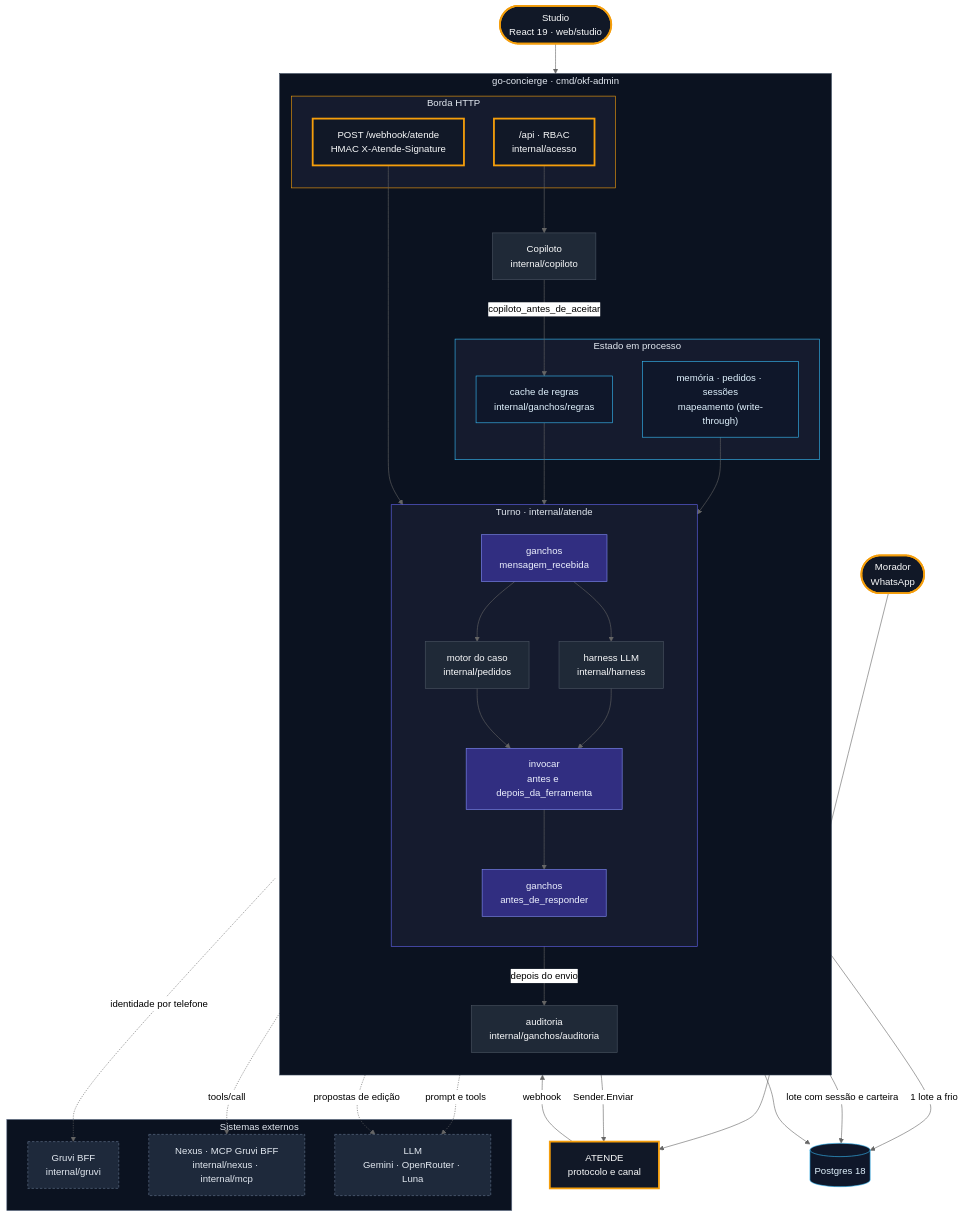
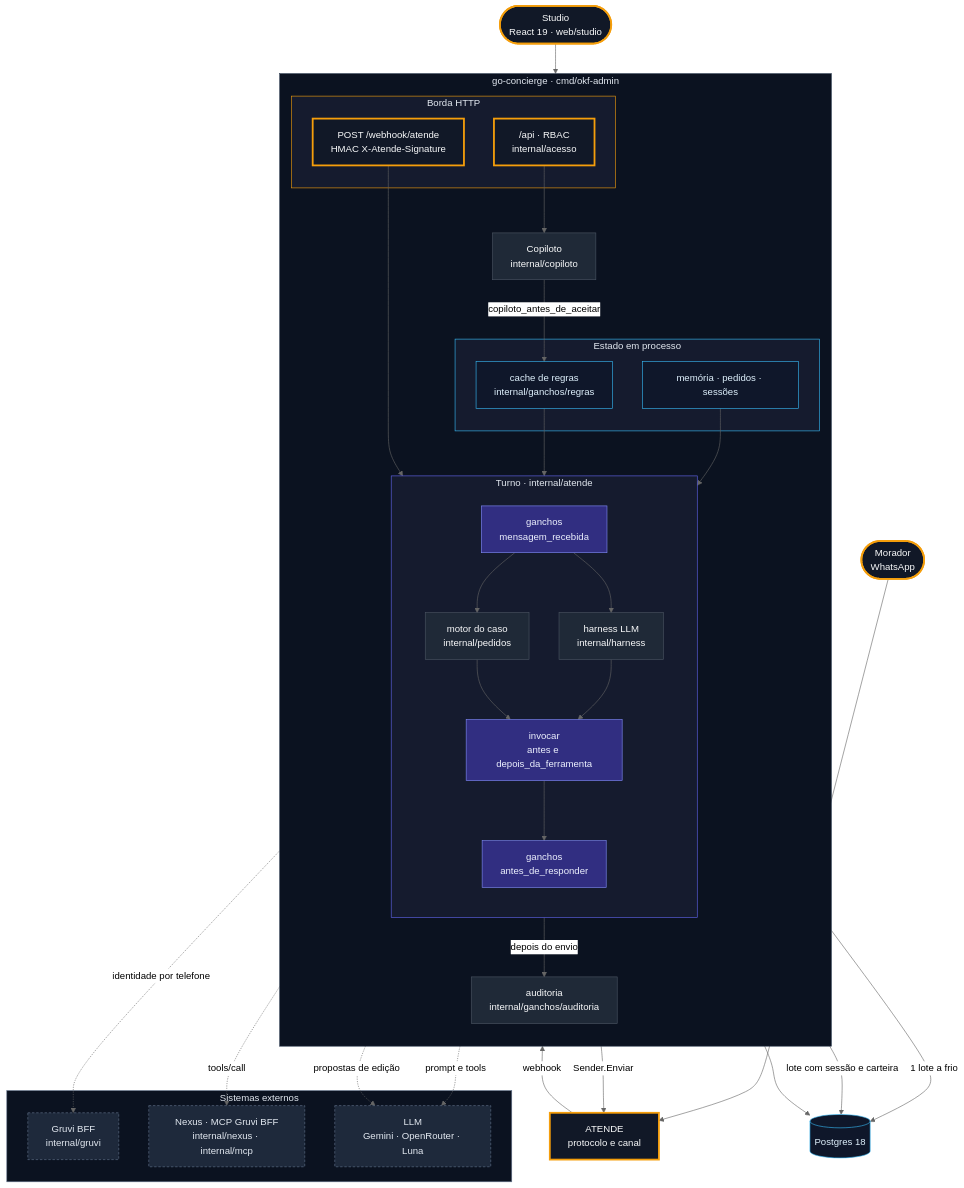
Before and after one commit to andersonfraiha-sl/go-concierge: the first of 2 diagrams in README.md, drawn with Mermaid (neutral theme). The commit also changed other lines of this file and 8 other files, not shown here.

````diff
--- a/README.md
+++ b/README.md
@@ -50,71 +50,71 @@
 ```mermaid
 flowchart TB
     Morador(["Morador<br/>WhatsApp"]):::entry
     ATENDE["ATENDE<br/>protocolo e canal"]:::entry
     Studio(["Studio<br/>React 19 · web/studio"]):::entry
 
     subgraph GC ["go-concierge · cmd/okf-admin"]
         direction TB
         subgraph Borda ["Borda HTTP"]
             Webhook["POST /webhook/atende<br/>HMAC X-Atende-Signature"]:::entry
             API["/api · RBAC<br/>internal/acesso"]:::entry
         end
         subgraph Turno ["Turno · internal/atende"]
             direction TB
             GIn["ganchos<br/>mensagem_recebida"]:::hook
             Motor["motor do caso<br/>internal/pedidos"]:::core
             Harness["harness LLM<br/>internal/harness"]:::core
             Invocar["invocar<br/>antes e depois_da_ferramenta"]:::hook
             GOut["ganchos<br/>antes_de_responder"]:::hook
             GIn --> Motor
             GIn --> Harness
             Motor --> Invocar
             Harness --> Invocar
             Invocar --> GOut
         end
         subgraph Estado ["Estado em processo"]
-            Caches["memória · pedidos · sessões<br/>mapeamento (write-through)"]:::store
+            Caches["memória · pedidos · sessões"]:::store
             Regras["cache de regras<br/>internal/ganchos/regras"]:::store
         end
         Audit["auditoria<br/>internal/ganchos/auditoria"]:::core
         Copiloto["Copiloto<br/>internal/copiloto"]:::core
     end
 
     subgraph Externos ["Sistemas externos"]
         Gruvi["Gruvi BFF<br/>internal/gruvi"]:::ext
         Nexus["Nexus · MCP Gruvi BFF<br/>internal/nexus · internal/mcp"]:::ext
         LLM["LLM<br/>Gemini · OpenRouter · Luna"]:::ext
     end
     PG[("Postgres 18")]:::store
 
     Morador --> ATENDE
     ATENDE -- "webhook" --> Webhook
     Webhook --> GIn
     GOut -- "Sender.Enviar" --> ATENDE
     GOut -- "depois do envio" --> Audit
     Caches --> Turno
     Regras --> GIn
     Studio --> API
     API --> Copiloto
     Copiloto -- "copiloto_antes_de_aceitar" --> Regras
 
     Turno -. "identidade por telefone" .-> Gruvi
     Invocar -. "tools/call" .-> Nexus
     Harness -. "prompt e tools" .-> LLM
     Copiloto -. "propostas de edição" .-> LLM
 
     Caches -- "1 lote a frio" --> PG
     Audit -- "lote com sessão e carteira" --> PG
     API --> PG
 
     classDef entry fill:#111827,stroke:#f59e0b,stroke-width:3px,color:#f9fafb
     classDef core fill:#1f2937,stroke:#4b5563,color:#f9fafb
     classDef hook fill:#312e81,stroke:#818cf8,color:#eef2ff
     classDef store fill:#0f172a,stroke:#38bdf8,color:#e0f2fe
     classDef ext fill:#1e293b,stroke:#64748b,stroke-dasharray:4 3,color:#e2e8f0
     style GC fill:#0b1220,stroke:#334155,color:#e2e8f0
     style Turno fill:#151b2e,stroke:#6366f1,color:#e2e8f0
     style Borda fill:#151b2e,stroke:#f59e0b,color:#e2e8f0
     style Estado fill:#151b2e,stroke:#38bdf8,color:#e2e8f0
     style Externos fill:#0b1220,stroke:#64748b,color:#e2e8f0
 ```
````
